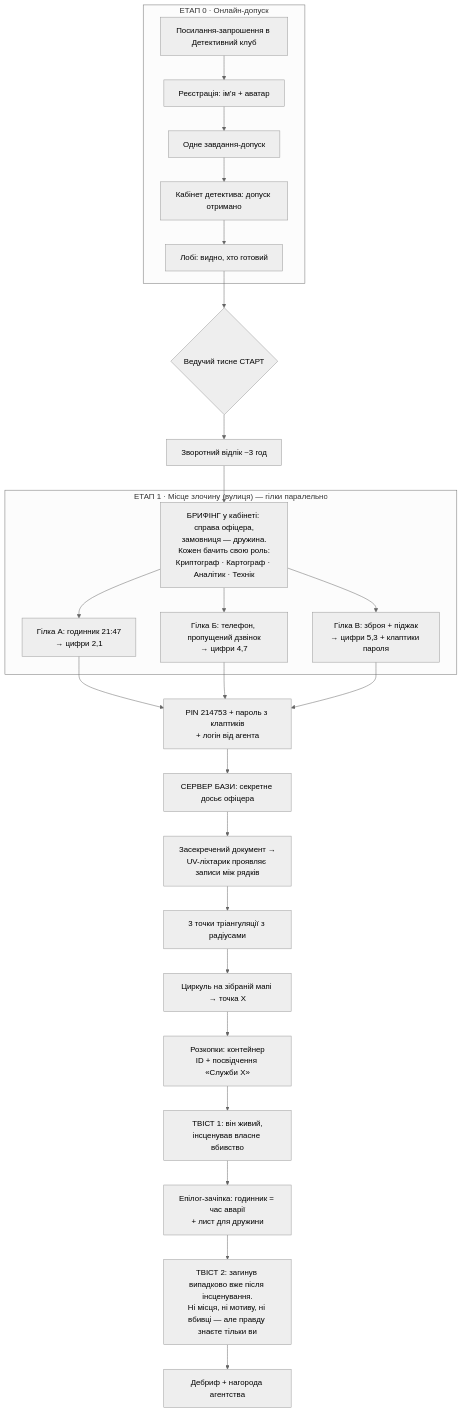
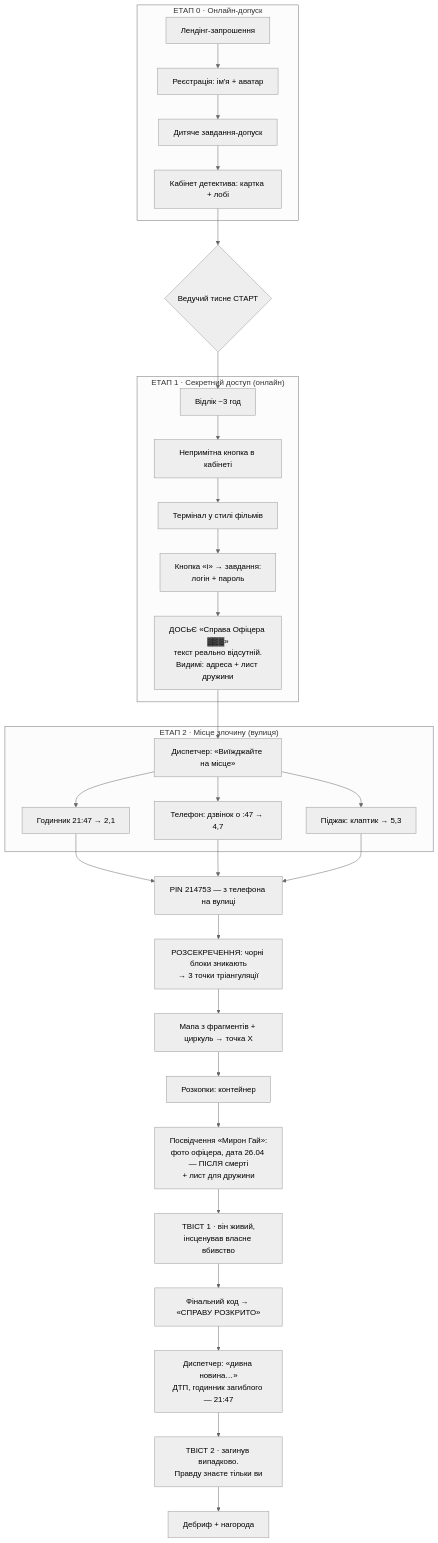
The second of 2 diagrams in docs/QUEST_PLAN.md (sanchezsuper/Detective-Club-v3), drawn with Mermaid (neutral theme) before and after one commit. The commit also changed other lines of this file, not shown here.

First line of the commit message:
Оновити сценарій: секретний термінал, підказка «i», справжнє розсекречення досьє по PIN, покроковий сценарій і відкриті питання

````diff
--- a/docs/QUEST_PLAN.md
+++ b/docs/QUEST_PLAN.md
@@ -99,29 +178,34 @@
 ```mermaid
 flowchart TD
     subgraph S0["ЕТАП 0 · Онлайн-допуск"]
-        A1["Посилання-запрошення в Детективний клуб"] --> A2["Реєстрація: ім'я + аватар"]
-        A2 --> A3["Одне завдання-допуск"]
-        A3 --> A4["Кабінет детектива: допуск отримано"]
-        A4 --> A5["Лобі: видно, хто готовий"]
+        A1["Лендінг-запрошення"] --> A2["Реєстрація: ім'я + аватар"]
+        A2 --> A3["Дитяче завдання-допуск"]
+        A3 --> A4["Кабінет детектива: картка + лобі"]
     end
-    A5 --> B1{"Ведучий тисне СТАРТ"}
-    B1 --> B2["Зворотний відлік ~3 год"]
-    B2 --> B4["БРИФІНГ у кабінеті: справа офіцера,<br/>замовниця — дружина.<br/>Кожен бачить свою роль:<br/>Криптограф · Картограф · Аналітик · Технік"]
-    subgraph S1["ЕТАП 1 · Місце злочину (вулиця) — гілки паралельно"]
-        B4 --> C1["Гілка А: годинник 21:47<br/>→ цифри 2,1"]
-        B4 --> C2["Гілка Б: телефон, пропущений дзвінок<br/>→ цифри 4,7"]
-        B4 --> C3["Гілка В: зброя + піджак<br/>→ цифри 5,3 + клаптики пароля"]
+    A4 --> B1{"Ведучий тисне СТАРТ"}
+    B1 --> B2["Відлік ~3 год"]
+    subgraph S1["ЕТАП 1 · Секретний доступ (онлайн)"]
+        B2 --> C1["Непримітна кнопка в кабінеті"]
+        C1 --> C2["Термінал у стилі фільмів"]
+        C2 --> C3["Кнопка «i» → завдання:<br/>логін + пароль"]
+        C3 --> C4["ДОСЬЄ «Справа Офіцера ▓▓▓»<br/>текст реально відсутній.<br/>Видимі: адреса + лист дружини"]
     end
-    C1 --> D1["PIN 214753 + пароль з клаптиків<br/>+ логін від агента"]
-    C2 --> D1
-    C3 --> D1
-    D1 --> D2["СЕРВЕР БАЗИ: секретне досьє офіцера"]
-    D2 --> D3["Засекречений документ →<br/>UV-ліхтарик проявляє записи між рядків"]
-    D3 --> E1["3 точки тріангуляції з радіусами"]
-    E1 --> E2["Циркуль на зібраній мапі → точка X"]
-    E2 --> E3["Розкопки: контейнер<br/>ID + посвідчення «Служби Х»"]
-    E3 --> F1["ТВІСТ 1: він живий,<br/>інсценував власне вбивство"]
-    F1 --> F2["Епілог-зачіпка: годинник = час аварії<br/>+ лист для дружини"]
-    F2 --> F3["ТВІСТ 2: загинув випадково вже після інсценування.<br/>Ні місця, ні мотиву, ні вбивці — але правду знаєте тільки ви"]
-    F3 --> G1["Дебриф + нагорода агентства"]
+    C4 --> D0["Диспетчер: «Виїжджайте на місце»"]
+    subgraph S2["ЕТАП 2 · Місце злочину (вулиця)"]
+        D0 --> D1["Годинник 21:47 → 2,1"]
+        D0 --> D2["Телефон: дзвінок о :47 → 4,7"]
+        D0 --> D3["Піджак: клаптик → 5,3"]
+    end
+    D1 --> E0["PIN 214753 — з телефона на вулиці"]
+    D2 --> E0
+    D3 --> E0
+    E0 --> E1["РОЗСЕКРЕЧЕННЯ: чорні блоки зникають<br/>→ 3 точки тріангуляції"]
+    E1 --> E2["Мапа з фрагментів + циркуль → точка X"]
+    E2 --> E3["Розкопки: контейнер"]
+    E3 --> F1["Посвідчення «Мирон Гай»:<br/>фото офіцера, дата 26.04 — ПІСЛЯ смерті<br/>+ лист для дружини"]
+    F1 --> F2["ТВІСТ 1 · він живий,<br/>інсценував власне вбивство"]
+    F2 --> F3["Фінальний код → «СПРАВУ РОЗКРИТО»"]
+    F3 --> G1["Диспетчер: «дивна новина…»<br/>ДТП, годинник загиблого — 21:47"]
+    G1 --> G2["ТВІСТ 2 · загинув випадково.<br/>Правду знаєте тільки ви"]
+    G2 --> H1["Дебриф + нагорода"]
 ```
````
